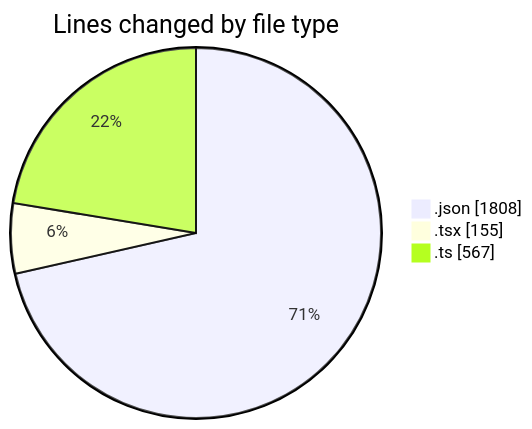
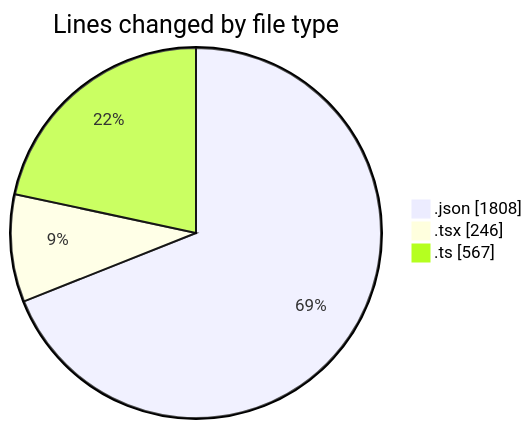
One commit to julien-gomy/code-tracking changed the first of 2 diagrams in 2025-11-19/eventscop-frontend-guide__workspace_/README.md. Above: the diagram before and after it, drawn with Mermaid. The commit also changed other lines of this file and 1 other file, not shown here.

````diff
--- a/2025-11-19/eventscop-frontend-guide__workspace_/README.md
+++ b/2025-11-19/eventscop-frontend-guide__workspace_/README.md
@@ -32,7 +34,7 @@
 ```mermaid
 pie showData
 title Lines changed by file type
 ".json" : 1808
-".tsx" : 155
+".tsx" : 246
 ".ts" : 567
 ```
````
